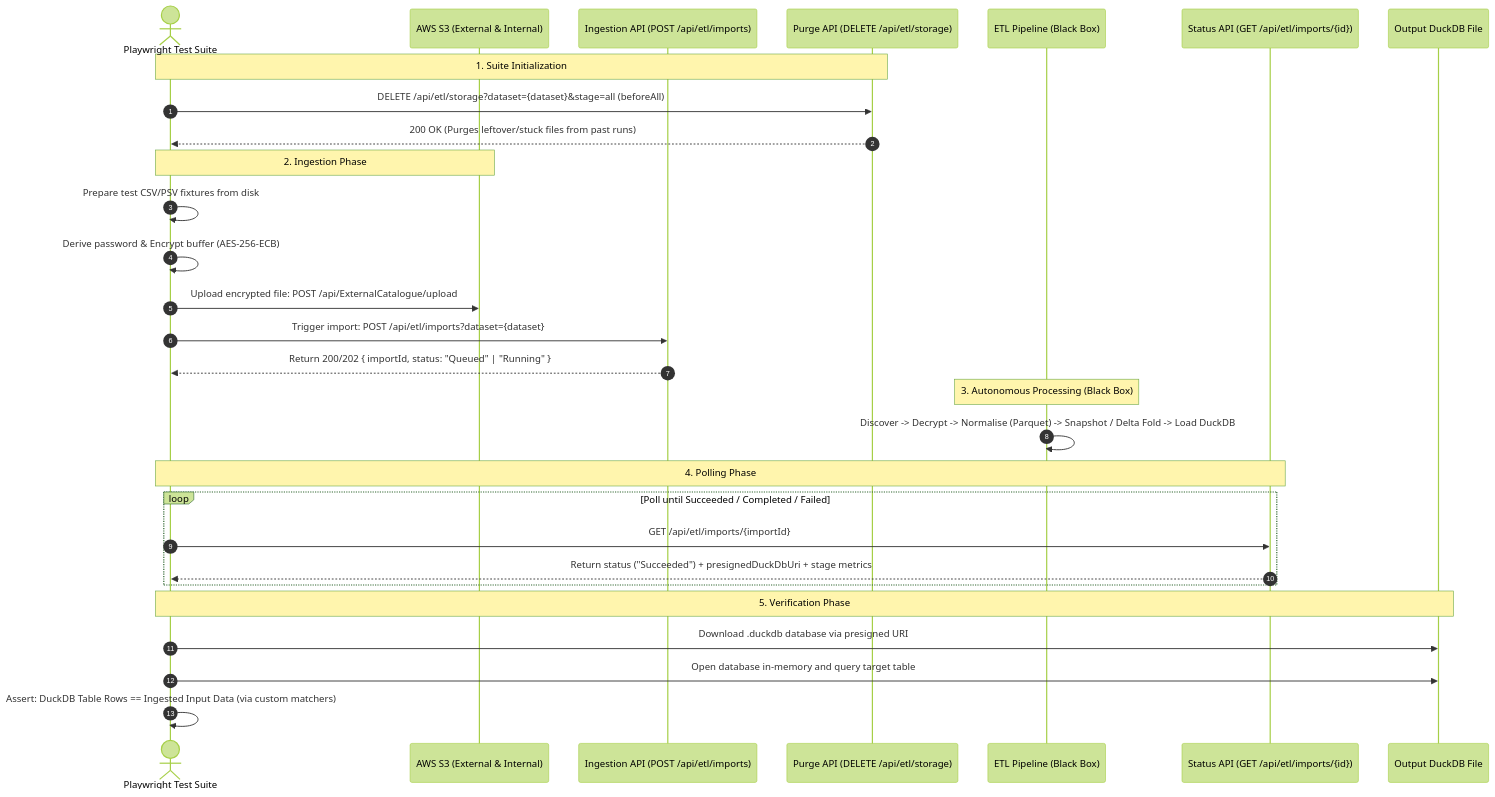
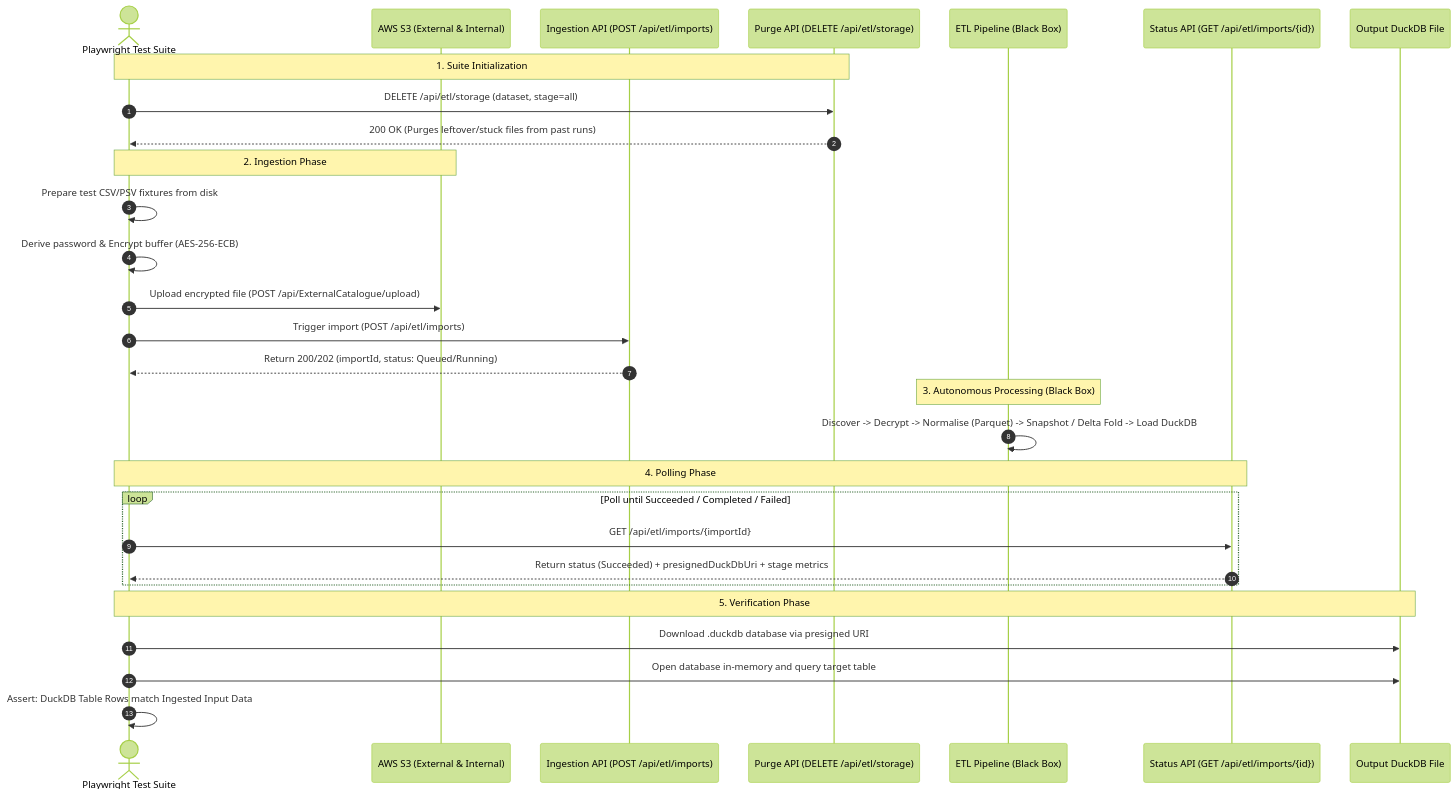
The first of 2 diagrams in QA_ARCHITECTURE.md (DEFRA/ls-keeper-data-api-tests), drawn with Mermaid (forest theme) before and after one commit. The commit also changed other lines of this file, not shown here.

Commit message:
fix(docs): resolve LaTeX and Mermaid syntax parse errors in QA_ARCHITECTURE.md

````diff
--- a/QA_ARCHITECTURE.md
+++ b/QA_ARCHITECTURE.md
@@ -23,36 +25,36 @@
 ```mermaid
 sequenceDiagram
     autonumber
     actor Test as Playwright Test Suite
     participant S3 as AWS S3 (External & Internal)
     participant API as Ingestion API (POST /api/etl/imports)
     participant Purge as Purge API (DELETE /api/etl/storage)
     participant ETL as ETL Pipeline (Black Box)
     participant StatusAPI as Status API (GET /api/etl/imports/{id})
     participant DuckDB as Output DuckDB File
 
     Note over Test,Purge: 1. Suite Initialization
-    Test->>Purge: DELETE /api/etl/storage?dataset={dataset}&stage=all (beforeAll)
+    Test->>Purge: DELETE /api/etl/storage (dataset, stage=all)
     Purge-->>Test: 200 OK (Purges leftover/stuck files from past runs)
 
     Note over Test,S3: 2. Ingestion Phase
     Test->>Test: Prepare test CSV/PSV fixtures from disk
     Test->>Test: Derive password & Encrypt buffer (AES-256-ECB)
-    Test->>S3: Upload encrypted file: POST /api/ExternalCatalogue/upload
-    Test->>API: Trigger import: POST /api/etl/imports?dataset={dataset}
-    API-->>Test: Return 200/202 { importId, status: "Queued" | "Running" }
+    Test->>S3: Upload encrypted file (POST /api/ExternalCatalogue/upload)
+    Test->>API: Trigger import (POST /api/etl/imports)
+    API-->>Test: Return 200/202 (importId, status: Queued/Running)
 
     Note over ETL: 3. Autonomous Processing (Black Box)
     ETL->>ETL: Discover -> Decrypt -> Normalise (Parquet) -> Snapshot / Delta Fold -> Load DuckDB
 
     Note over Test,StatusAPI: 4. Polling Phase
     loop Poll until Succeeded / Completed / Failed
         Test->>StatusAPI: GET /api/etl/imports/{importId}
-        StatusAPI-->>Test: Return status ("Succeeded") + presignedDuckDbUri + stage metrics
+        StatusAPI-->>Test: Return status (Succeeded) + presignedDuckDbUri + stage metrics
     end
 
     Note over Test,DuckDB: 5. Verification Phase
     Test->>DuckDB: Download .duckdb database via presigned URI
     Test->>DuckDB: Open database in-memory and query target table
-    Test->>Test: Assert: DuckDB Table Rows == Ingested Input Data (via custom matchers)
+    Test->>Test: Assert: DuckDB Table Rows match Ingested Input Data
 ```
````
